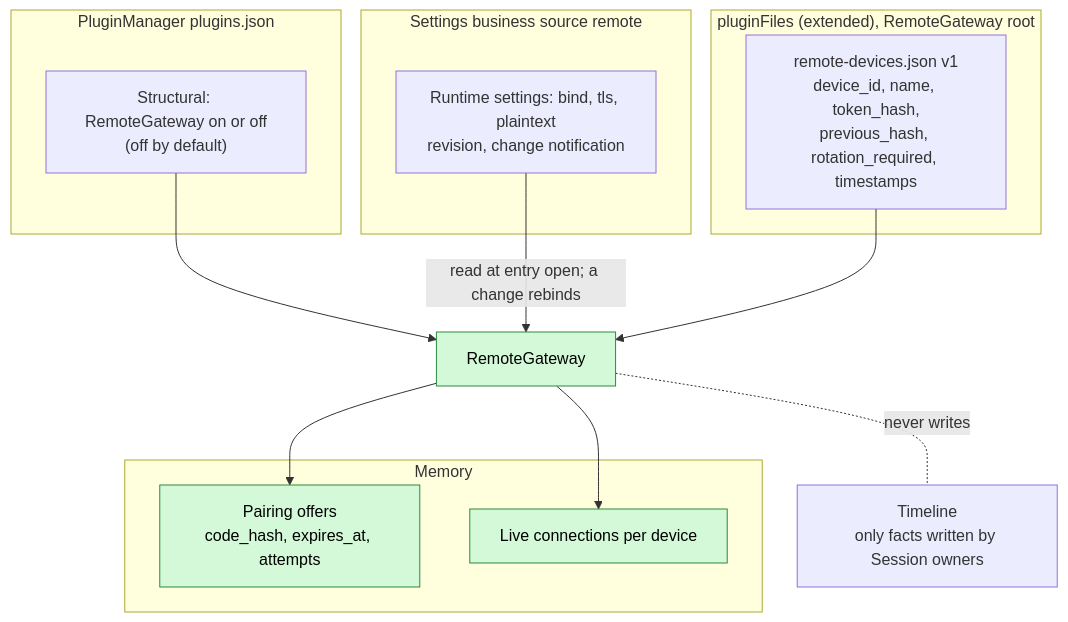
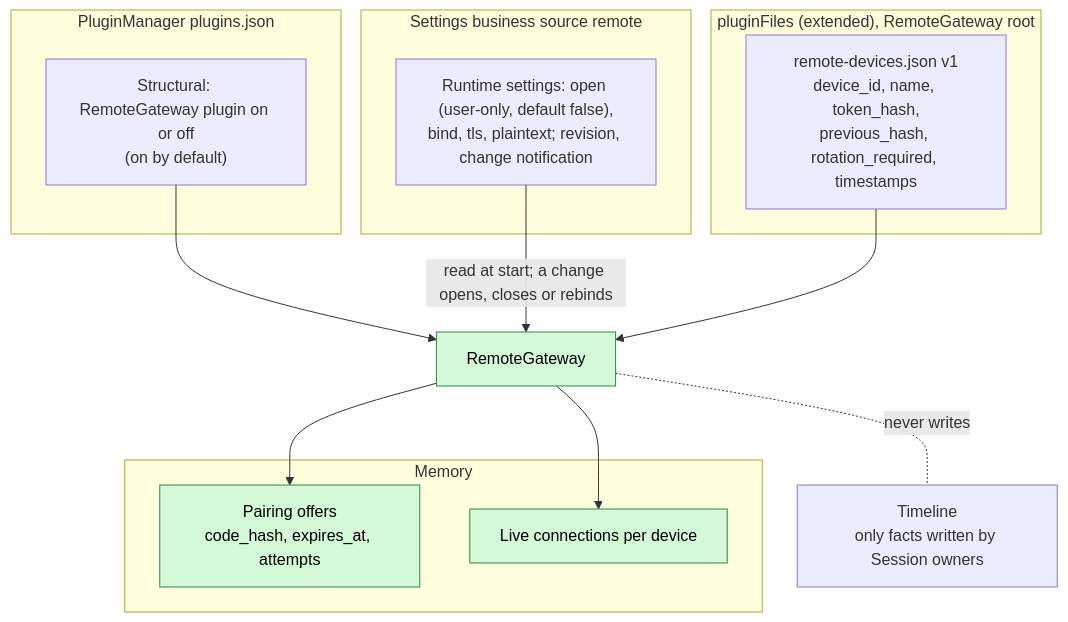
Before and after one commit to CoutinhoTTS/dim-agent: the second of 6 diagrams in docs/design/plugins/RemoteGateway.md, drawn with Mermaid. The commit also changed other lines of this file and 4 other files, not shown here.

````diff
--- a/docs/design/plugins/RemoteGateway.md
+++ b/docs/design/plugins/RemoteGateway.md
@@ -49,24 +49,24 @@
 ```mermaid
 flowchart TB
   subgraph LEL["PluginManager plugins.json"]
-    CFG["Structural: RemoteGateway on or off<br/>(off by default)"]
+    CFG["Structural: RemoteGateway plugin on or off<br/>(on by default)"]
   end
   subgraph BS["Settings business source remote"]
-    RS["Runtime settings: bind, tls, plaintext<br/>revision, change notification"]
+    RS["Runtime settings: open (user-only, default false),<br/>bind, tls, plaintext; revision, change notification"]
   end
   subgraph PS["pluginFiles (extended), RemoteGateway root"]
     DEVS["remote-devices.json v1<br/>device_id, name, token_hash,<br/>previous_hash, rotation_required, timestamps"]
   end
   subgraph MEM["Memory"]
     OFF["Pairing offers<br/>code_hash, expires_at, attempts"]:::new
     LIVE["Live connections per device"]:::new
   end
   TL["Timeline<br/>only facts written by Session owners"]
   CFG --> RG["RemoteGateway"]:::new
-  RS -->|"read at entry open; a change rebinds"| RG
+  RS -->|"read at start; a change opens, closes or rebinds"| RG
   DEVS --> RG
   RG --> OFF
   RG --> LIVE
   RG -.-|"never writes"| TL
   classDef new fill:#d3f9d8,stroke:#2b8a3e,color:#000
 ```
````
